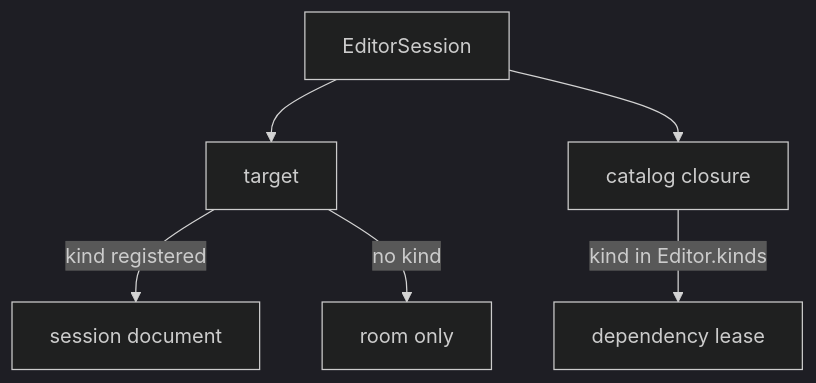
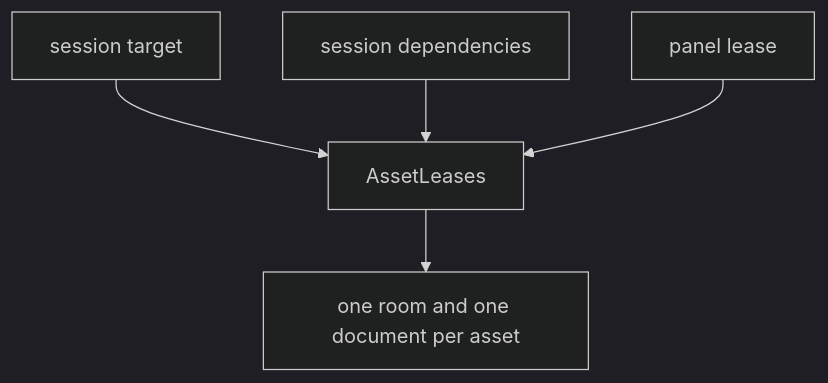
One commit to JollyPixel/editor changed the third of 5 diagrams in packages/editors/host/ARCHITECTURE.md. Above: the diagram before and after it, drawn with Mermaid (dark theme). The commit also changed other lines of this file and 237 other files, not shown here.

Commit message:
refactor(editor.host): improve architecture (#1079)

````diff
--- a/packages/editors/host/ARCHITECTURE.md
+++ b/packages/editors/host/ARCHITECTURE.md
@@ -111,8 +41,7 @@
 ```mermaid
 flowchart TB
-    Session["EditorSession"] --> Target["target"]
-    Session --> Closure["catalog closure"]
-    Target -->|"kind registered"| Doc["session document"]
-    Target -->|"no kind"| Room["room only"]
-    Closure -->|"kind in Editor.kinds"| Lease["dependency lease"]
+    Target["session target"] --> Leases["AssetLeases"]
+    Dependencies["session dependencies"] --> Leases
+    Panel["panel lease"] --> Leases
+    Leases --> Room["one room and one document per asset"]
 ```
````
